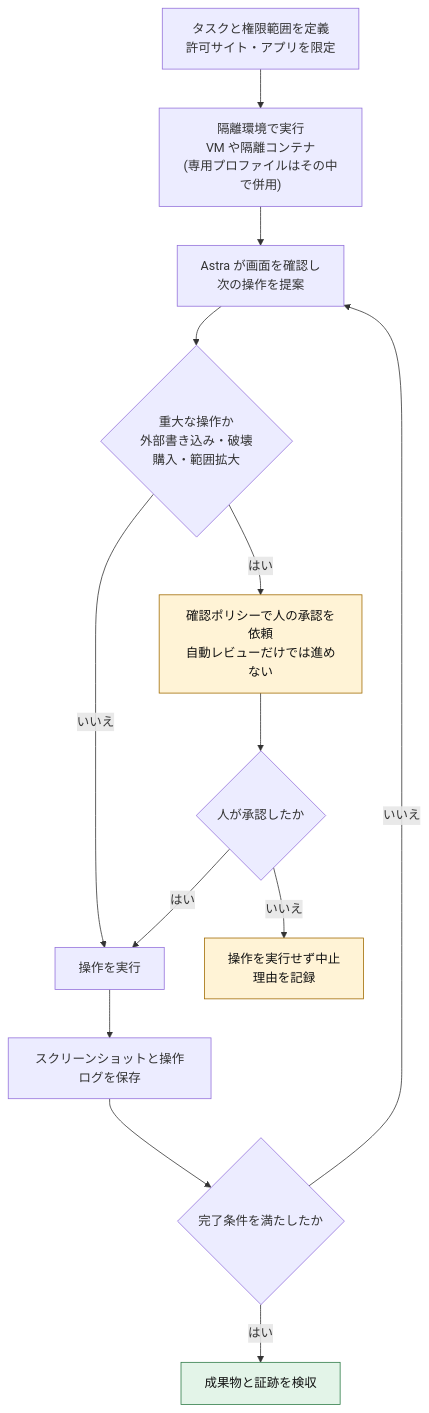
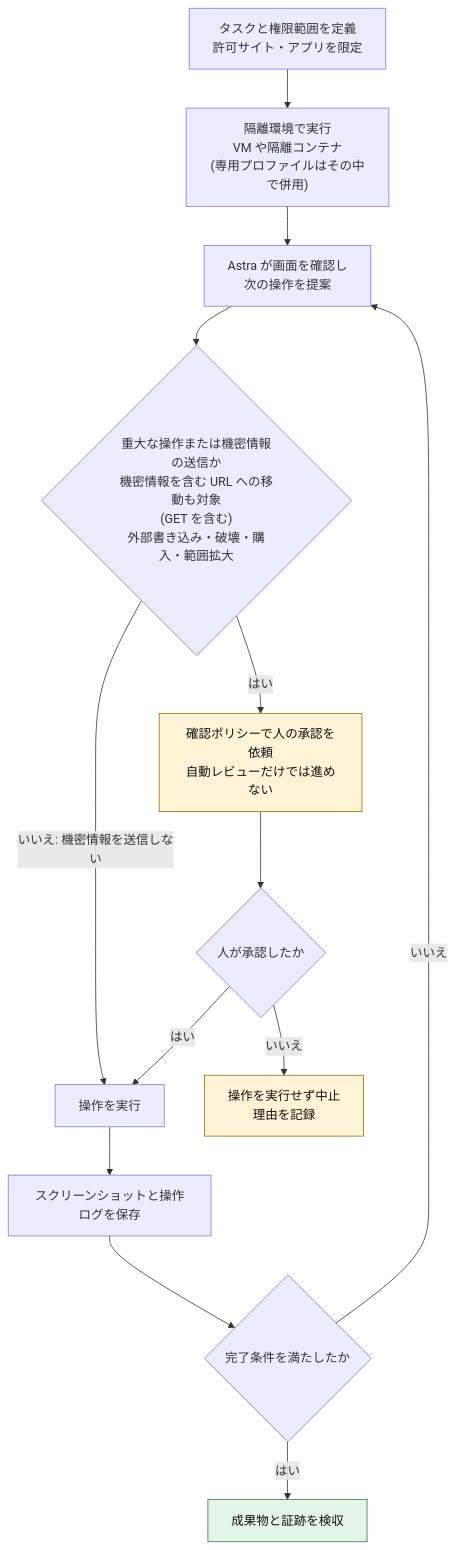
Before and after one commit to myoshi2891/Comparison-of-LLMs: the ninth of 12 diagrams in Openai-gpt-6-astra-best-practices-guide.md, drawn with Mermaid. The commit also changed other lines of this file and 1 other file, not shown here.

````diff
--- a/Openai-gpt-6-astra-best-practices-guide.md
+++ b/Openai-gpt-6-astra-best-practices-guide.md
@@ -639,19 +643,19 @@
 ```mermaid
 flowchart TB
   A["タスクと権限範囲を定義<br/>許可サイト・アプリを限定"] --> B["隔離環境で実行<br/>VM や隔離コンテナ<br/>(専用プロファイルはその中で併用)"]
   B --> C["Astra が画面を確認し<br/>次の操作を提案"]
-  C --> D{"重大な操作か<br/>外部書き込み・破壊<br/>購入・範囲拡大"}
+  C --> D{"重大な操作または機密情報の送信か<br/>機密情報を含む URL への移動も対象<br/>(GET を含む)<br/>外部書き込み・破壊・購入・範囲拡大"}
   D -- "はい" --> E["確認ポリシーで人の承認を依頼<br/>自動レビューだけでは進めない"]
-  D -- "いいえ" --> F["操作を実行"]
+  D -- "いいえ: 機密情報を送信しない" --> F["操作を実行"]
   E --> K{"人が承認したか"}
   K -- "はい" --> F
   K -- "いいえ" --> L["操作を実行せず中止<br/>理由を記録"]
   F --> G["スクリーンショットと操作ログを保存"]
   G --> H{"完了条件を満たしたか"}
   H -- "いいえ" --> C
   H -- "はい" --> I["成果物と証跡を検収"]
   classDef warn fill:#fff3d6,stroke:#a06a00,color:#111
   classDef ok fill:#e3f4e8,stroke:#2d7a46,color:#111
   class E,L warn
   class I ok
 ```
````
